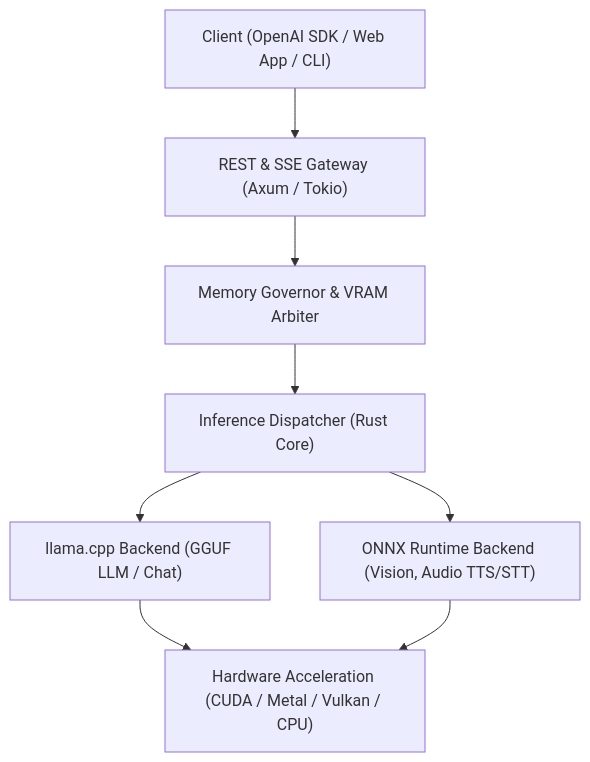
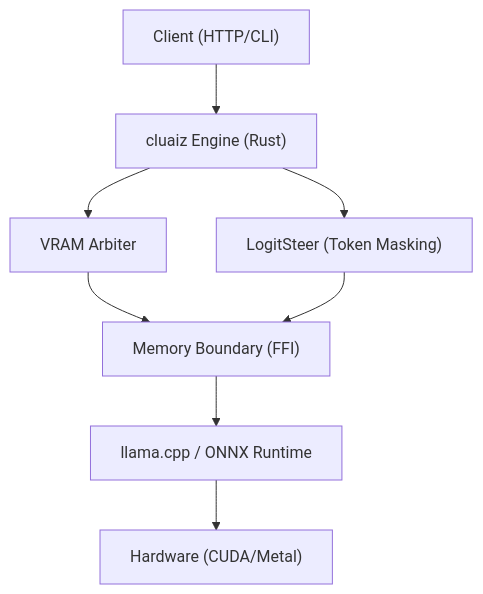
One commit to ayan-kushwaha/Cluaiz- changed the diagram in README.md. Above: the diagram before and after it, drawn with Mermaid. The commit also changed other lines of this file and 11 other files, not shown here.

Commit message:
feat(ui/optimization): update developer hub, CLI menus, and documentation to standard optimization schema

````diff
--- a/README.md
+++ b/README.md
@@ -110,9 +247,10 @@
 ```mermaid
 graph TD
-    Client["Client (OpenAI SDK / Web App / CLI)"] --> Gateway["REST & SSE Gateway (Axum / Tokio)"]
-    Gateway --> MemoryGov["Memory Governor & VRAM Arbiter"]
-    MemoryGov --> Dispatcher["Inference Dispatcher (Rust Core)"]
-    Dispatcher --> LlamaEngine["llama.cpp Backend (GGUF LLM / Chat)"]
-    Dispatcher --> OnnxEngine["ONNX Runtime Backend (Vision, Audio TTS/STT)"]
-    LlamaEngine & OnnxEngine --> Silicon["Hardware Acceleration (CUDA / Metal / Vulkan / CPU)"]
+    A["Client (HTTP/CLI)"] --> B["cluaiz Engine (Rust)"]
+    B --> C["VRAM Arbiter"]
+    B --> D["LogitSteer (Token Masking)"]
+    C --> E["Memory Boundary (FFI)"]
+    D --> E
+    E --> F["llama.cpp / ONNX Runtime"]
+    F --> G["Hardware (CUDA/Metal)"]
 ```
````
